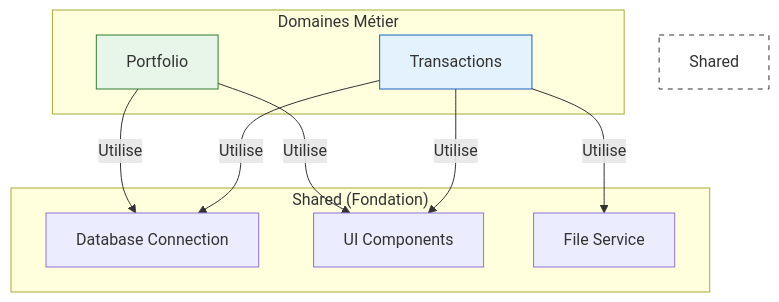
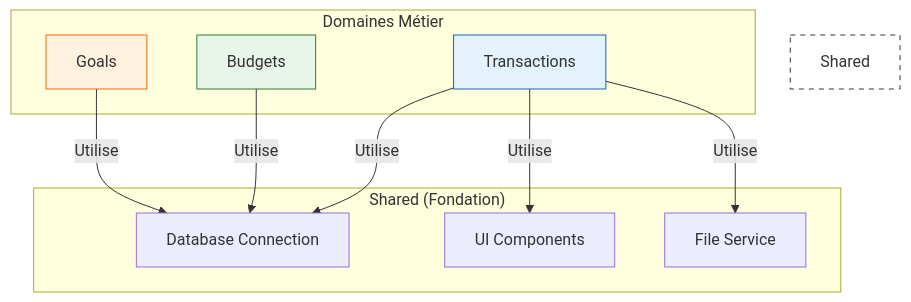
One commit to mdjabi2005-commits/gestio-feature changed the diagram in backend/shared/README.md. Above: the diagram before and after it, drawn with Mermaid. The commit also changed other lines of this file and 43 other files, not shown here.

````diff
--- a/backend/shared/README.md
+++ b/backend/shared/README.md
@@ -23,24 +23,26 @@
 ```mermaid
 graph TD
     subgraph "Domaines Métier"
         Trans[Transactions]
-        Port[Portfolio]
+        Budg[Budgets]
+        Goals[Goals]
     end
     
     subgraph "Shared (Fondation)"
         DB[Database Connection]
         UI[UI Components]
         File[File Service]
     end
     
     Trans -->|Utilise| DB
     Trans -->|Utilise| UI
     Trans -->|Utilise| File
     
-    Port -->|Utilise| DB
-    Port -->|Utilise| UI
+    Budg -->|Utilise| DB
+    Goals -->|Utilise| DB
     
     style Trans fill:#e3f2fd,stroke:#1565c0
-    style Port fill:#e8f5e9,stroke:#2e7d32
+    style Budg fill:#e8f5e9,stroke:#2e7d32
+    style Goals fill:#fff3e0,stroke:#ef6c00
     style Shared fill:#fff,stroke:#333,stroke-dasharray: 5 5
 ```
````
